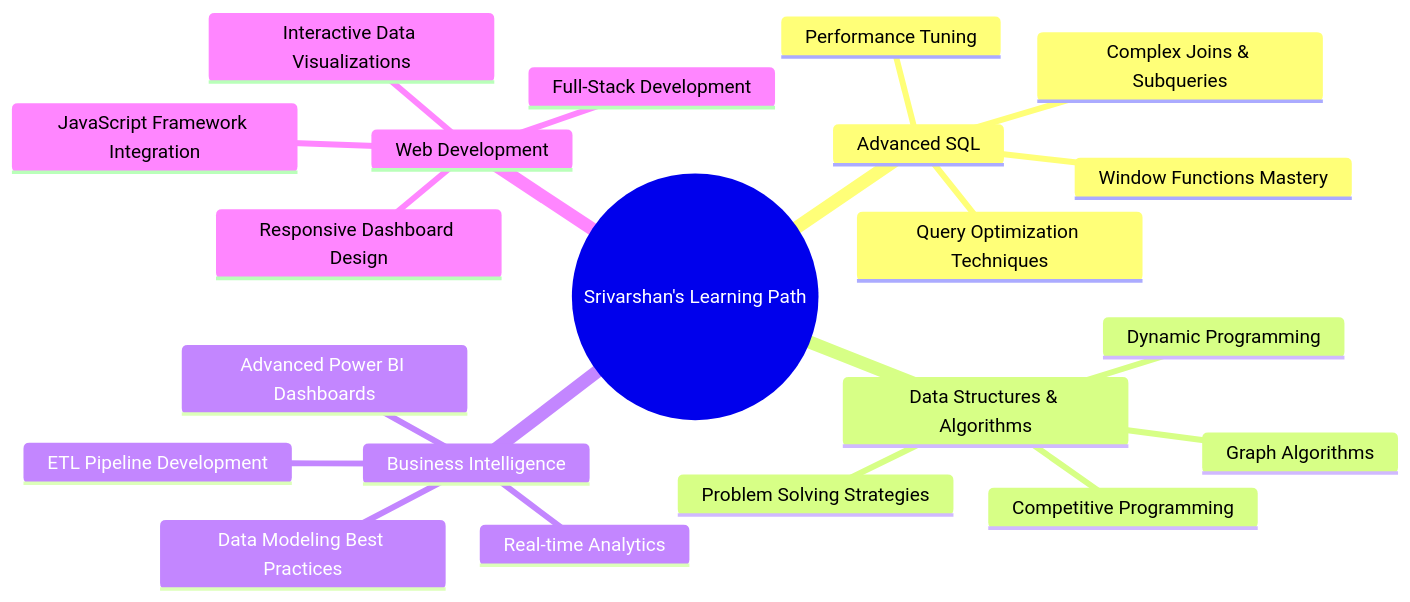
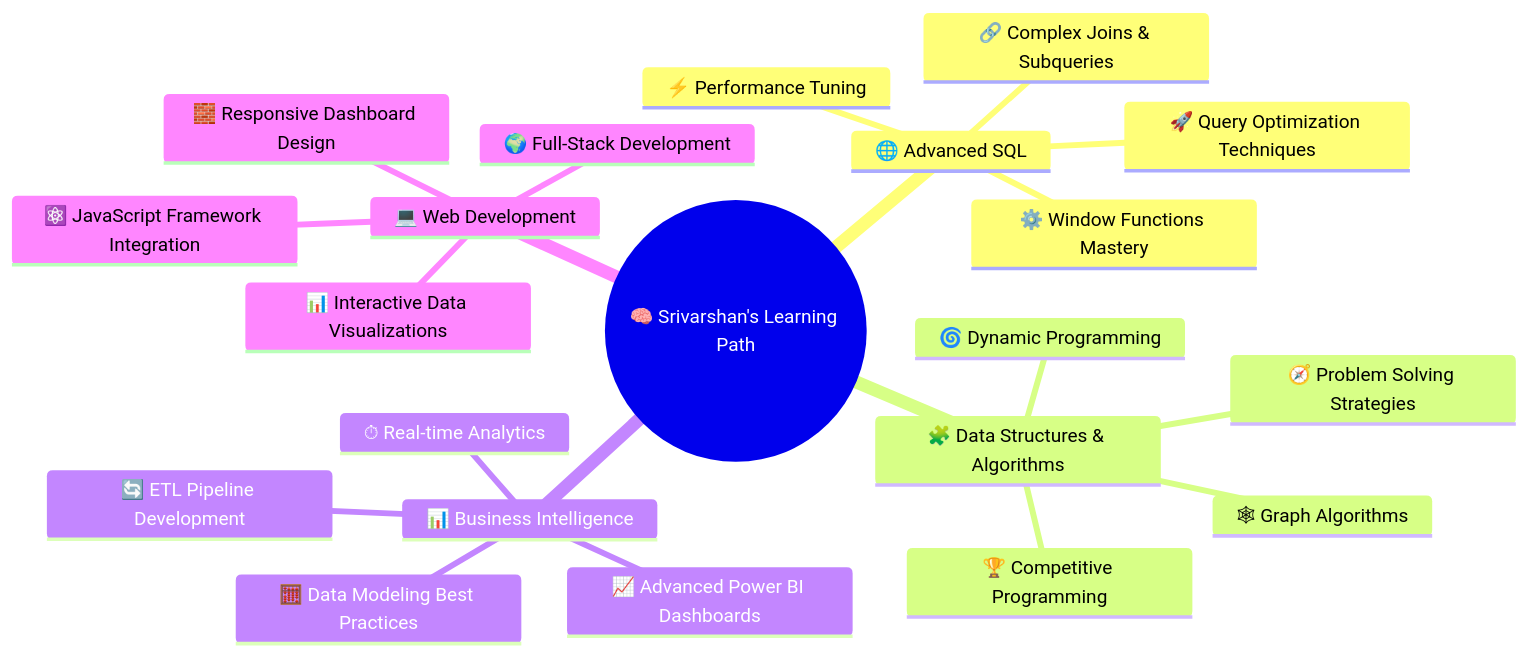
Before and after one commit to Srivarshan-Allapu/SRIVARSHAN-ALLAPU: the diagram in README.md, drawn with Mermaid.

Commit message:
Enhance learning path with emojis for clarity

````diff
--- a/README.md
+++ b/README.md
@@ -229,24 +228,33 @@
 ```mermaid
+%%{init: {"theme": "default", "themeVariables": {
+  "background": "#ffffff",
+  "primaryColor": "#e0f7fa",
+  "primaryTextColor": "#000000",
+  "primaryBorderColor": "#00acc1",
+  "lineColor": "#00796b",
+  "secondaryColor": "#b2dfdb",
+  "tertiaryColor": "#80cbc4"
+}}}%%
 mindmap
-  root((Srivarshan's Learning Path))
-    Advanced SQL
-      Window Functions Mastery
-      Query Optimization Techniques
-      Complex Joins & Subqueries
-      Performance Tuning
-    Data Structures & Algorithms
-      Dynamic Programming
-      Graph Algorithms
-      Competitive Programming
-      Problem Solving Strategies
-    Business Intelligence
-      Advanced Power BI Dashboards
-      Data Modeling Best Practices
-      ETL Pipeline Development
-      Real-time Analytics
-    Web Development
-      Interactive Data Visualizations
-      JavaScript Framework Integration
-      Responsive Dashboard Design
-      Full-Stack Development
+  root((🧠 Srivarshan's Learning Path))
+    🌐 Advanced SQL
+      ⚙️ Window Functions Mastery
+      🚀 Query Optimization Techniques
+      🔗 Complex Joins & Subqueries
+      ⚡ Performance Tuning
+    🧩 Data Structures & Algorithms
+      🌀 Dynamic Programming
+      🕸 Graph Algorithms
+      🏆 Competitive Programming
+      🧭 Problem Solving Strategies
+    📊 Business Intelligence
+      📈 Advanced Power BI Dashboards
+      🧮 Data Modeling Best Practices
+      🔄 ETL Pipeline Development
+      ⏱ Real-time Analytics
+    💻 Web Development
+      📊 Interactive Data Visualizations
+      ⚛️ JavaScript Framework Integration
+      🧱 Responsive Dashboard Design
+      🌍 Full-Stack Development
 ```
````
